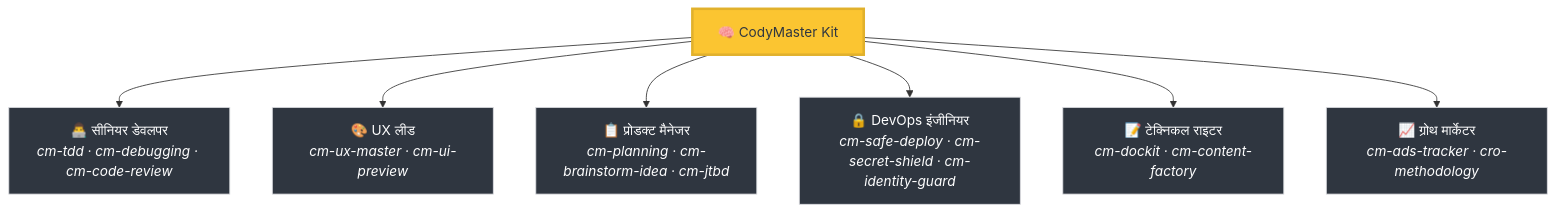
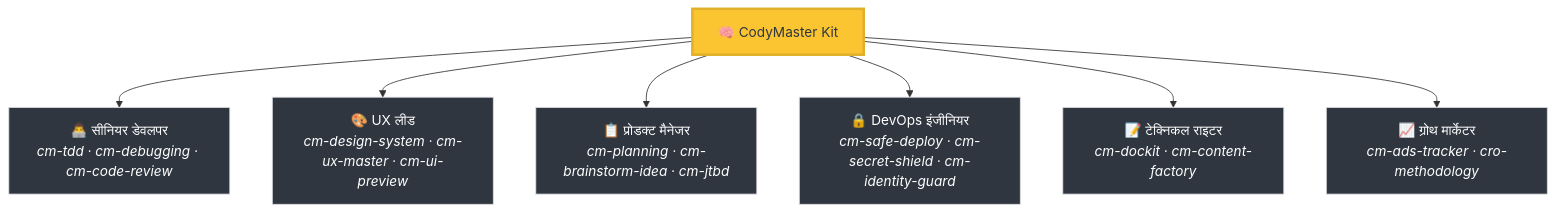
One commit to tody-agent/codymaster changed the first of 3 diagrams in README-hi.md. Above: the diagram before and after it, drawn with Mermaid. The commit also changed other lines of this file and 3 other files, not shown here.

````diff
--- a/README-hi.md
+++ b/README-hi.md
@@ -56,12 +56,12 @@
 ```mermaid
 graph TD
     A["🧠 CodyMaster Kit"] --> B["👨‍💻 सीनियर डेवलपर<br/><i>cm-tdd · cm-debugging · cm-code-review</i>"]
-    A --> C["🎨 UX लीड<br/><i>cm-ux-master · cm-ui-preview</i>"]
+    A --> C["🎨 UX लीड<br/><i>cm-design-system · cm-ux-master · cm-ui-preview</i>"]
     A --> D["📋 प्रोडक्ट मैनेजर<br/><i>cm-planning · cm-brainstorm-idea · cm-jtbd</i>"]
     A --> E["🔒 DevOps इंजीनियर<br/><i>cm-safe-deploy · cm-secret-shield · cm-identity-guard</i>"]
     A --> F["📝 टेक्निकल राइटर<br/><i>cm-dockit · cm-content-factory</i>"]
     A --> G["📈 ग्रोथ मार्केटर<br/><i>cm-ads-tracker · cro-methodology</i>"]
     style A fill:#fbc531,stroke:#e1b12c,color:#2f3640,stroke-width:3px
     classDef team fill:#2f3640,stroke:#dcdde1,stroke-width:1px,color:#fff;
     class B,C,D,E,F,G team;
 ```
````
